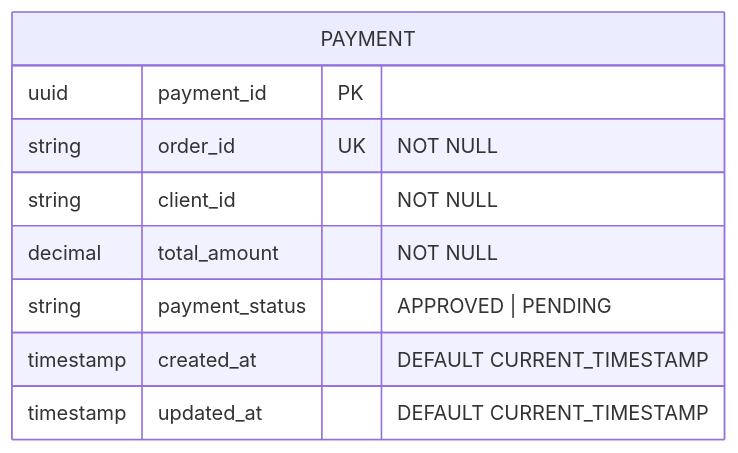
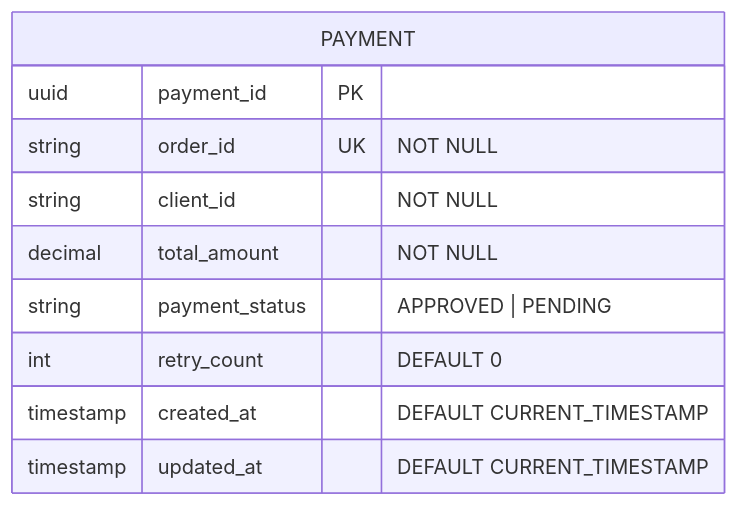
Before and after one commit to HugoOliveiraSoares/tech-challenge-iii: the first of 2 diagrams in docs/data-model.md, drawn with Mermaid. The commit also changed other lines of this file and 4 other files, not shown here.

````diff
--- a/docs/data-model.md
+++ b/docs/data-model.md
@@ -35,12 +43,13 @@
 ```mermaid
 erDiagram
   PAYMENT {
     uuid payment_id PK
     string order_id UK "NOT NULL"
     string client_id "NOT NULL"
     decimal total_amount "NOT NULL"
     string payment_status "APPROVED | PENDING"
+    int retry_count "DEFAULT 0"
     timestamp created_at "DEFAULT CURRENT_TIMESTAMP"
     timestamp updated_at "DEFAULT CURRENT_TIMESTAMP"
   }
 ```
````
